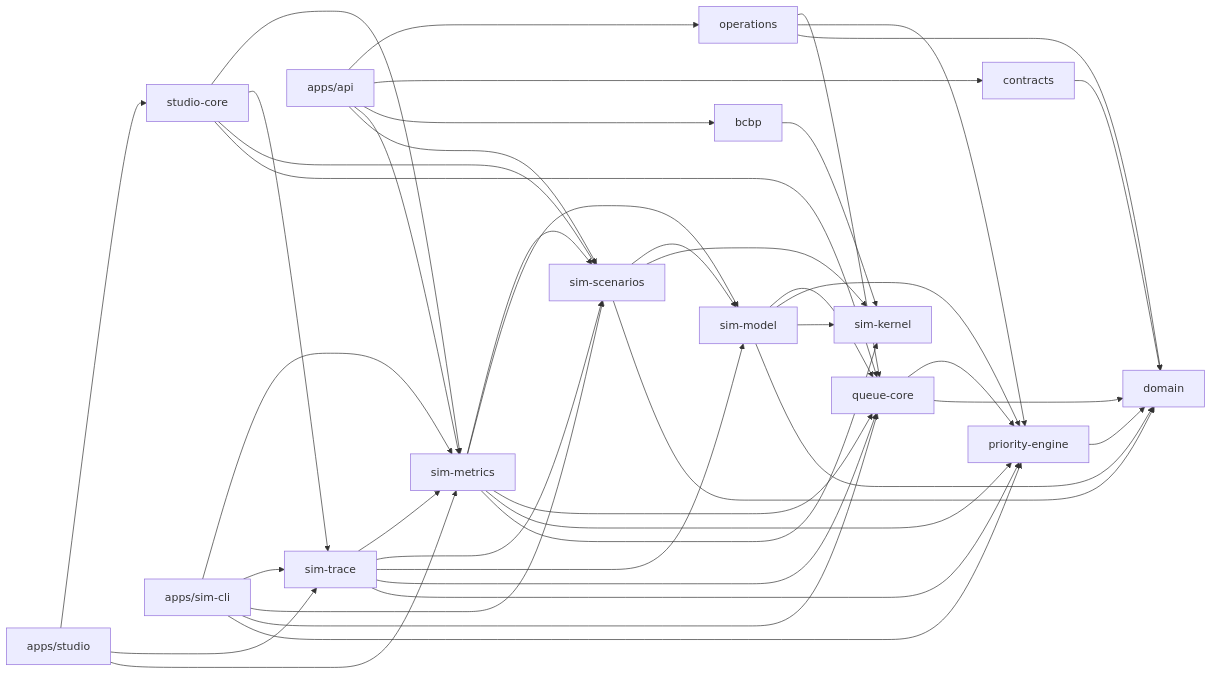
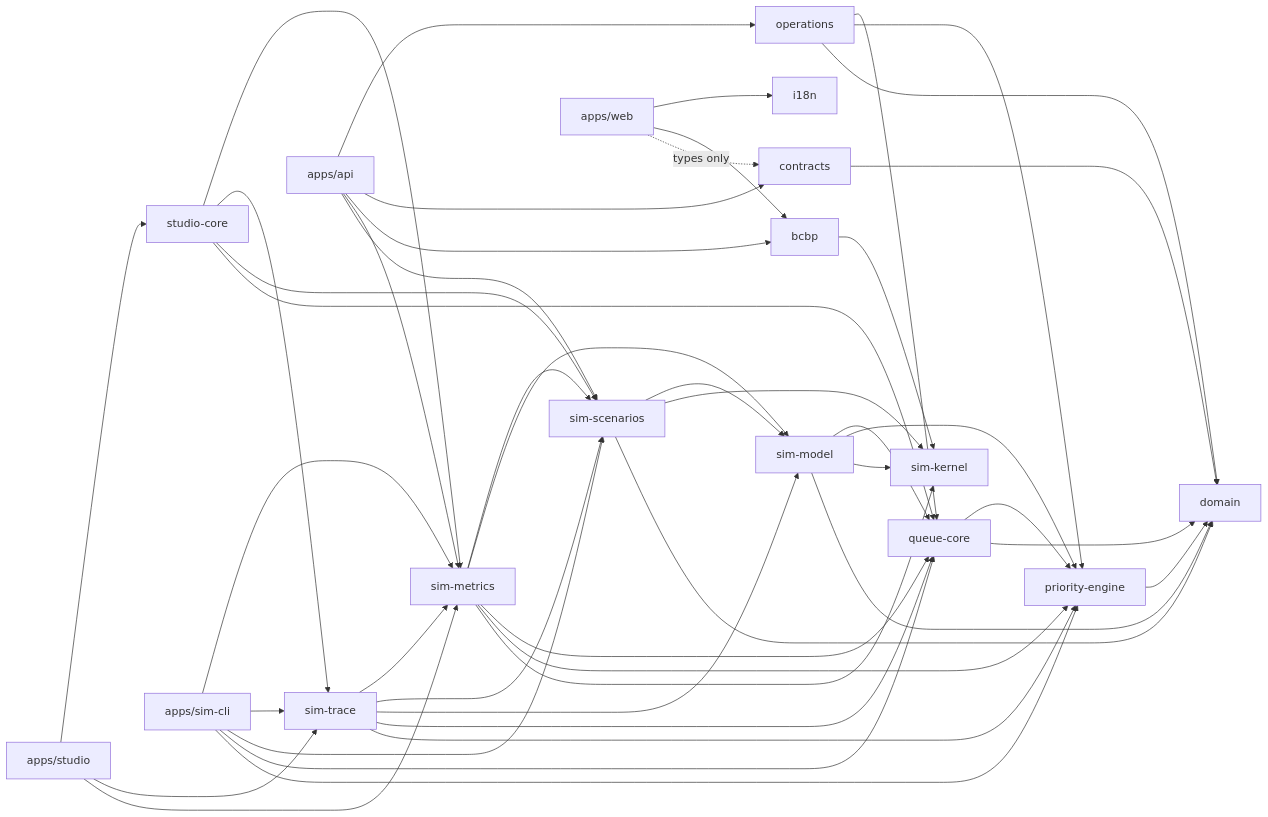
One commit to leviuzz/gaterush changed the first of 4 diagrams in ARCHITECTURE.md. Above: the diagram before and after it, drawn with Mermaid. The commit also changed other lines of this file and 50 other files, not shown here.

````diff
--- a/ARCHITECTURE.md
+++ b/ARCHITECTURE.md
@@ -54,60 +56,65 @@
 ```mermaid
 flowchart LR
   domain["domain"]
   kernel["sim-kernel"]
   engine["priority-engine"]
   queue["queue-core"]
   model["sim-model"]
   scenarios["sim-scenarios"]
   metrics["sim-metrics"]
   trace["sim-trace"]
   studiocore["studio-core"]
   operations["operations"]
   contracts["contracts"]
   bcbp["bcbp"]
+  i18n["i18n"]
   api["apps/api"]
+  web["apps/web"]
   cli["apps/sim-cli"]
   studio["apps/studio"]
   engine --> domain
   queue --> engine
   queue --> domain
   model --> queue
   model --> engine
   model --> kernel
   model --> domain
   scenarios --> model
   scenarios --> kernel
   scenarios --> domain
   metrics --> scenarios
   metrics --> model
   metrics --> queue
   metrics --> engine
   metrics --> kernel
   trace --> metrics
   trace --> scenarios
   trace --> model
   trace --> queue
   trace --> engine
   cli --> metrics
   cli --> trace
   cli --> scenarios
   cli --> queue
   cli --> engine
   studiocore --> metrics
   studiocore --> trace
   studiocore --> scenarios
   studiocore --> queue
   studio --> studiocore
   studio --> trace
   studio --> metrics
   operations --> queue
   operations --> engine
   operations --> domain
   contracts --> domain
   bcbp --> kernel
   api --> operations
   api --> contracts
   api --> bcbp
   api --> metrics
   api --> scenarios
+  web --> i18n
+  web --> bcbp
+  web -.->|"types only"| contracts
 ```
````
